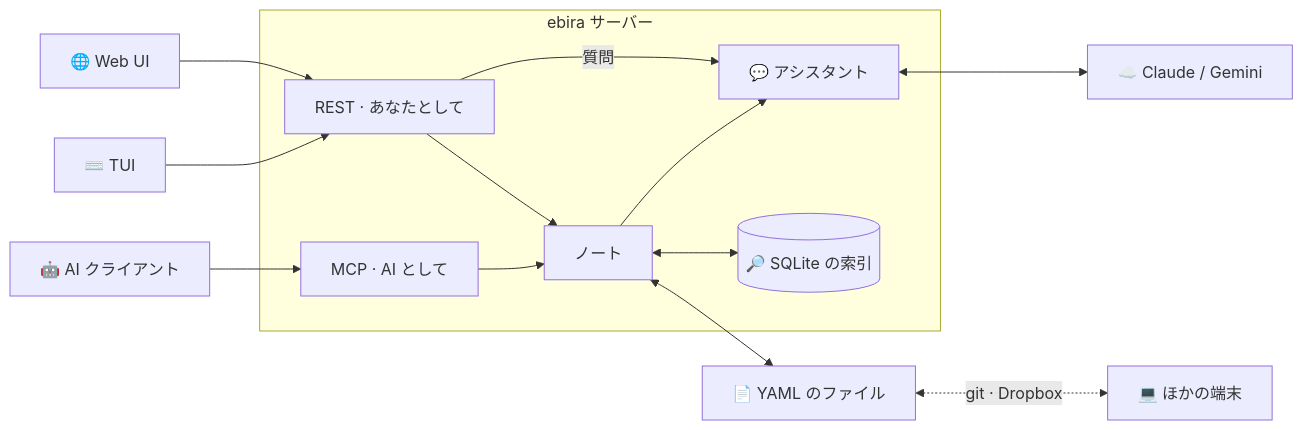
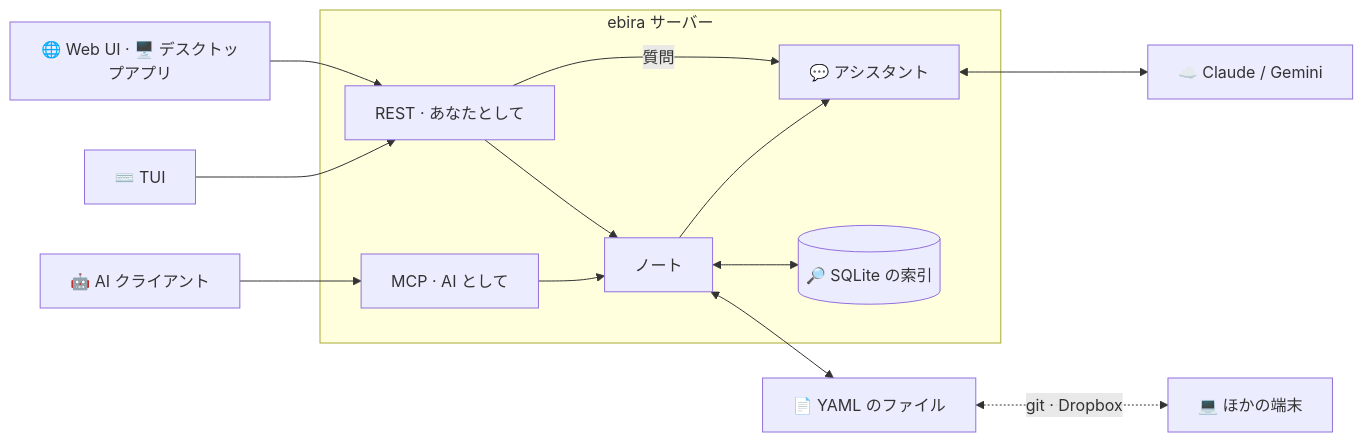
One commit to ikawaha/ebira changed the diagram in README.ja.md. Above: the diagram before and after it, drawn with Mermaid. The commit also changed other lines of this file and 1 other file, not shown here.

````diff
--- a/README.ja.md
+++ b/README.ja.md
@@ -43,20 +43,20 @@
 ```mermaid
 flowchart LR
-  W["🌐 Web UI"] --> R
+  W["🌐 Web UI · 🖥️ デスクトップアプリ"] --> R
   T["⌨️ TUI"] --> R
   C["🤖 AI クライアント"] --> M
   subgraph S["ebira サーバー"]
     R["REST · あなたとして"]
     M["MCP · AI として"]
     N["ノート"]
     A["💬 アシスタント"]
     I[("🔎 SQLite の索引")]
     R & M --> N
     R -->|"質問"| A
     N --> A
     N <--> I
   end
   A <--> L["☁️ Claude / Gemini"]
   N <--> F["📄 YAML のファイル"]
   F <-.->|"git · Dropbox"| O["💻 ほかの端末"]
 ```
````
